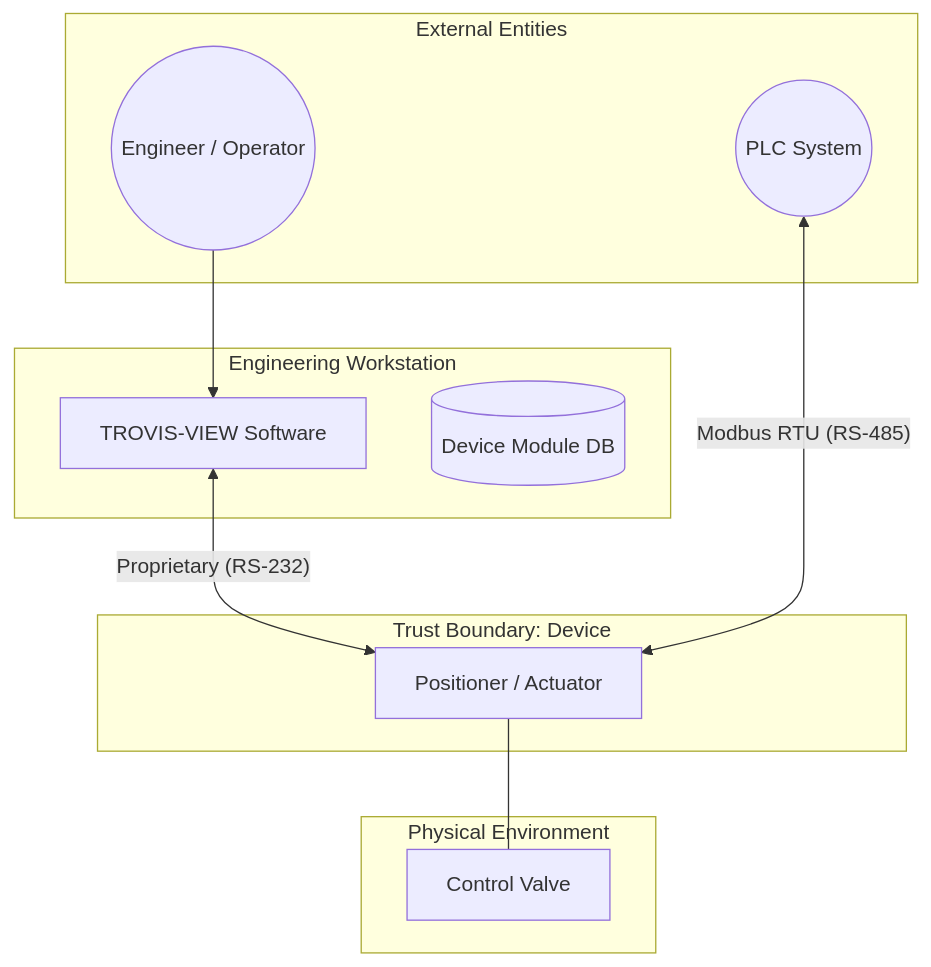
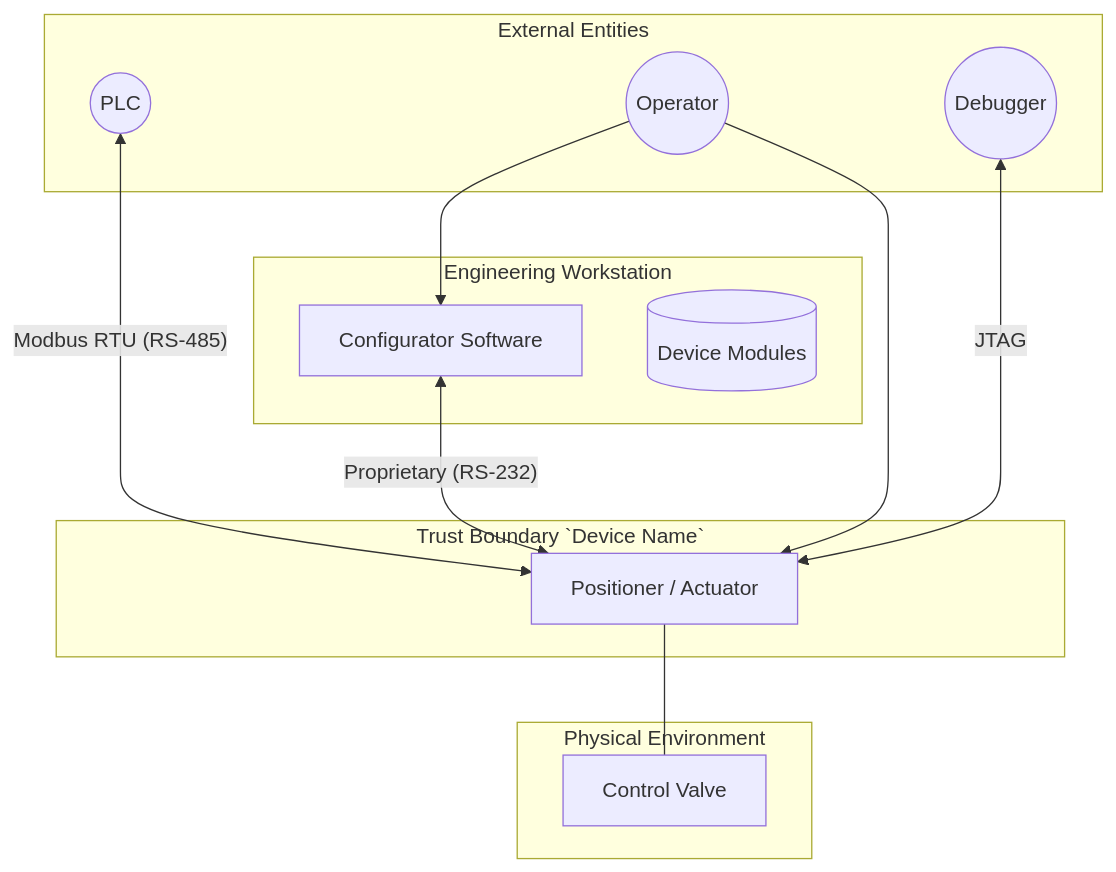
Before and after one commit to sentenz/skills: the diagram in skills/threat-modeling-ics/SKILL.md, drawn with Mermaid. The commit also changed other lines of this file, not shown here.

````diff
--- a/skills/threat-modeling-ics/SKILL.md
+++ b/skills/threat-modeling-ics/SKILL.md
@@ -568,30 +451,33 @@
   ```mermaid
   flowchart TD
-      %% Layer 0 - System
-      subgraph External_Entity [External Entities]
-          User((Engineer / Operator))
-          PLC((PLC System))
-      end
+    %% Layer 0 (System) - External Entities
+    subgraph External_Entities [External Entities]
+        PLC((PLC))
+        USER((Operator))
+        DEBUGGER((Debugger))
+    end
 
-      %% Layer 0 - System
-      subgraph Management_Zone [Engineering Workstation]
-          TV[TROVIS-VIEW Software]
-          DB[(Device Module DB)]
-      end
+    %% Layer 0 (System) - Engineering Workstation
+    subgraph Management_Zone [Engineering Workstation]
+        CFG[Configurator Software]
+        DB[(Device Modules)]
+    end
 
-      %% Layer 0 - System
-      subgraph Device_Boundary [Trust Boundary: Device]
-          DEVICE[Positioner / Actuator]
-      end
+    %% Layer 0 (System) - Device Trust Boundary
+    subgraph Device_Boundary [Trust Boundary `Device Name`]
+        DEVICE[Positioner / Actuator]
+    end
 
-      %% Layer 0 - System
-      subgraph Physical_Process [Physical Environment]
-          VALVE[Control Valve]
-      end
+    %% Layer 0 (System) - Physical Process
+    subgraph Physical_Process [Physical Environment]
+        VALVE[Control Valve]
+    end
 
-      %% Data Flows
-      User --> TV
-      TV <--> |"Proprietary (RS-232)"| DEVICE
-      PLC <--> |"Modbus RTU (RS-485)"| DEVICE
-      DEVICE --- VALVE
+    %% Data Flows
+    USER --> CFG
+    CFG <--> |"Proprietary (RS-232)"| DEVICE
+    PLC <--> |"Modbus RTU (RS-485)"| DEVICE
+    DEBUGGER <--> |"JTAG"| DEVICE
+    USER --> DEVICE
+    DEVICE --- VALVE
   ```
````
